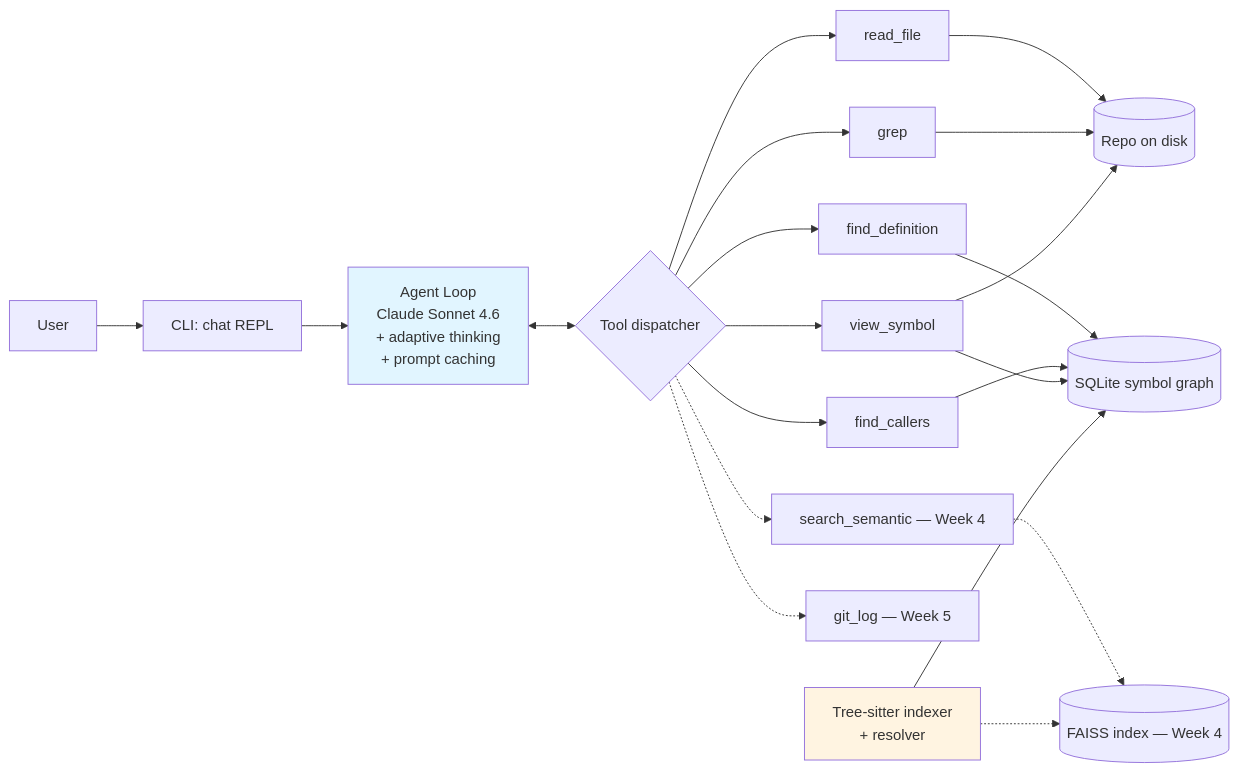
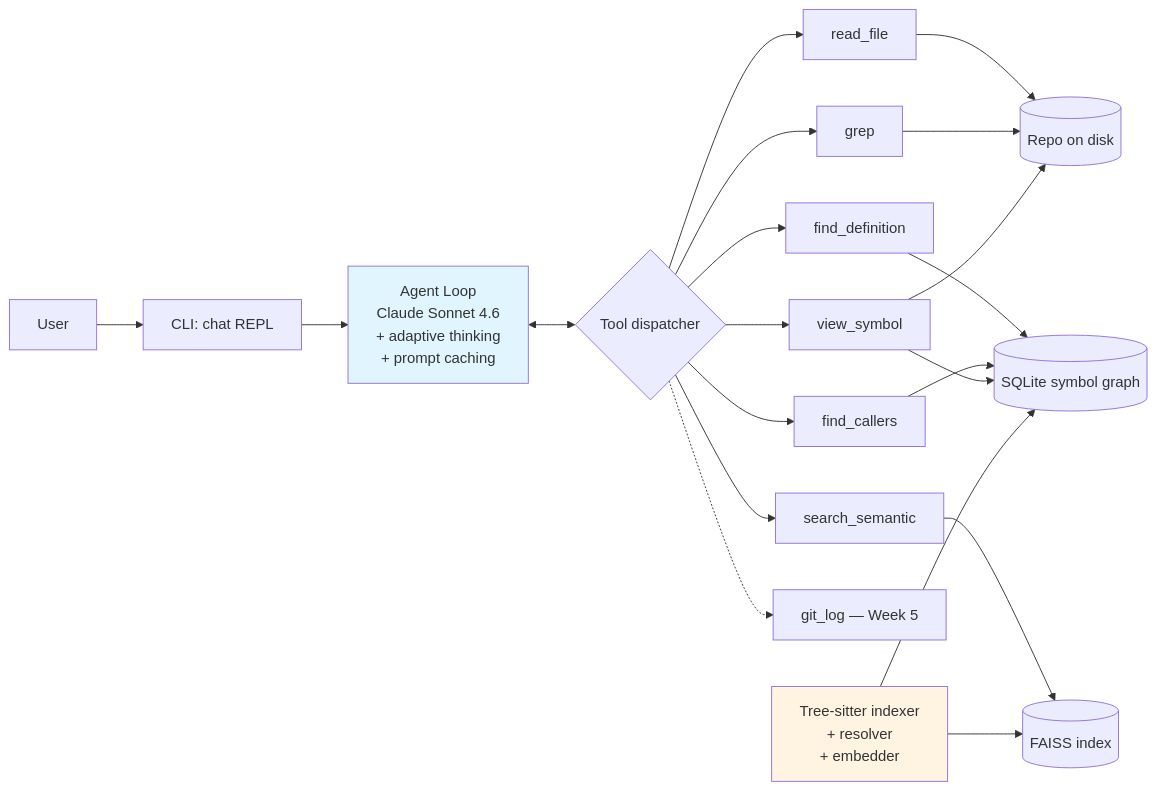
Before and after one commit to Kasho323/codebase-explainer-agent: the diagram in README.md, drawn with Mermaid. The commit also changed other lines of this file and 17 other files, not shown here.

First line of the commit message:
Add embedding layer and search_semantic tool

````diff
--- a/README.md
+++ b/README.md
@@ -37,28 +37,28 @@
 ```mermaid
 graph LR
     User[User] --> CLI[CLI: chat REPL]
     CLI --> Agent[Agent Loop<br/>Claude Sonnet 4.6<br/>+ adaptive thinking<br/>+ prompt caching]
 
     Agent <--> Tools{Tool dispatcher}
     Tools --> T1[read_file]
     Tools --> T2[grep]
     Tools --> T3[find_definition]
     Tools --> T4[find_callers]
     Tools --> T5[view_symbol]
-    Tools -.-> T6[search_semantic — Week 4]
+    Tools --> T6[search_semantic]
     Tools -.-> T7[git_log — Week 5]
 
     T1 --> Files[(Repo on disk)]
     T2 --> Files
     T3 --> Symbols[(SQLite symbol graph)]
     T4 --> Symbols
     T5 --> Symbols
     T5 --> Files
-    T6 -.-> Vectors[(FAISS index — Week 4)]
+    T6 --> Vectors[(FAISS index)]
 
-    Indexer[Tree-sitter indexer<br/>+ resolver] --> Symbols
-    Indexer -.-> Vectors
+    Indexer[Tree-sitter indexer<br/>+ resolver<br/>+ embedder] --> Symbols
+    Indexer --> Vectors
 
     style Agent fill:#e1f5ff
     style Indexer fill:#fff4e1
 ```
````
